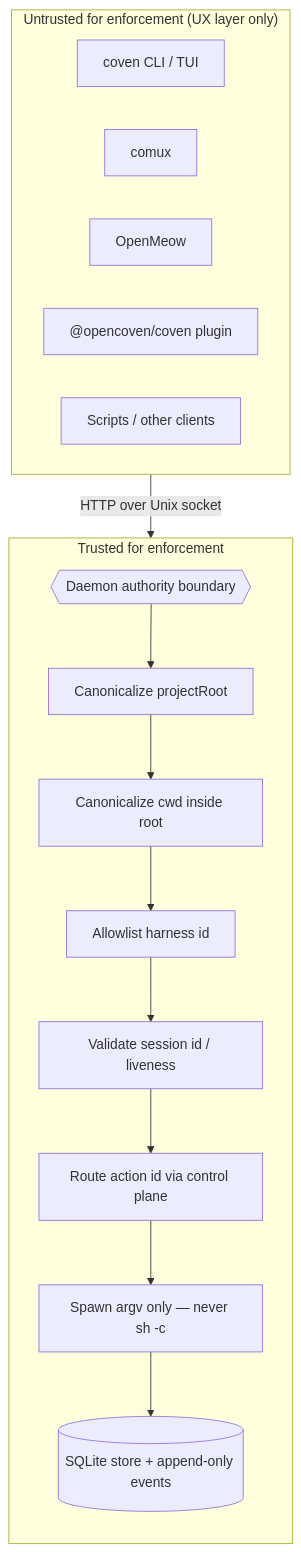
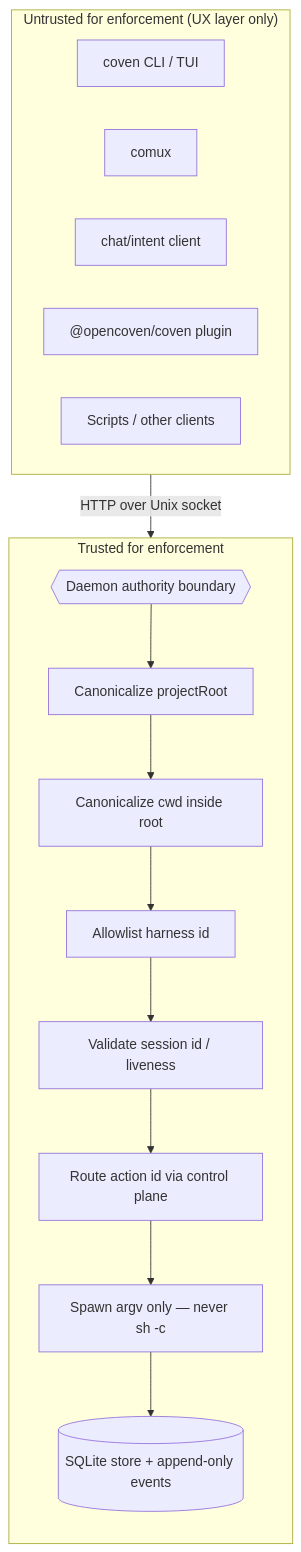
Before and after one commit to OpenCoven/coven: the diagram in docs/ru/SAFETY-MODEL.md, drawn with Mermaid. The commit also changed other lines of this file and 48 other files, not shown here.

First line of the commit message:
chore: scrub stray OpenMeow references (#256)

````diff
--- a/docs/ru/SAFETY-MODEL.md
+++ b/docs/ru/SAFETY-MODEL.md
@@ -25,24 +25,24 @@
 ```mermaid
 flowchart TB
   subgraph UntrustedZone["Untrusted for enforcement (UX layer only)"]
     direction LR
     CLI[coven CLI / TUI]
     Comux[comux]
-    Meow[OpenMeow]
+    ChatClient[chat/intent client]
     Plugin["@opencoven/coven plugin"]
     Scripts[Scripts / other clients]
   end
 
   UntrustedZone -->|HTTP over Unix socket| Boundary{{Daemon authority boundary}}
 
   subgraph TrustedZone["Trusted for enforcement"]
     direction TB
     Boundary --> ValidateRoot[Canonicalize projectRoot]
     ValidateRoot --> ValidateCwd[Canonicalize cwd inside root]
     ValidateCwd --> AllowHarness[Allowlist harness id]
     AllowHarness --> ValidateSession[Validate session id / liveness]
     ValidateSession --> RouteAction[Route action id via control plane]
     RouteAction --> Spawn[Spawn argv only — never sh -c]
     Spawn --> Store[(SQLite store + append-only events)]
   end
 ```
````
